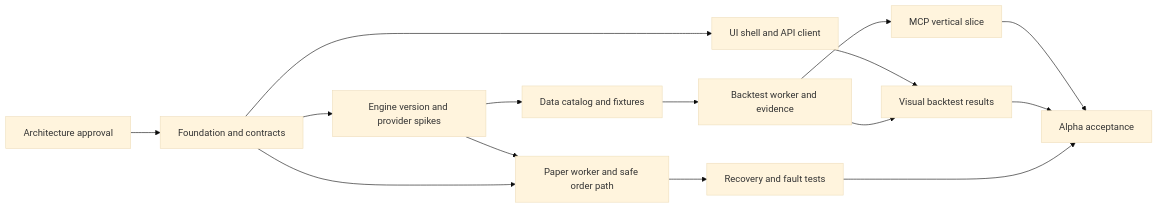
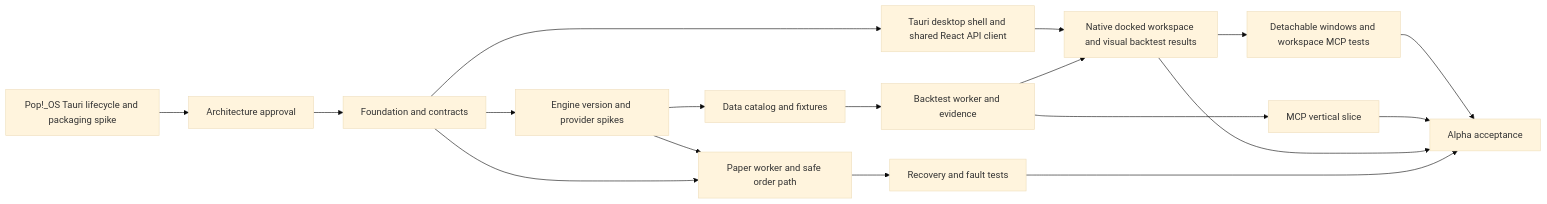
One commit to njdaniel/clipper-terminal changed the diagram in docs/architecture/implementation-plan.md. Above: the diagram before and after it, drawn with Mermaid (base theme). The commit also changed other lines of this file, not shown here.

Commit message:
docs: gate delivery plan on desktop validation and native UX (#1)

````diff
--- a/docs/architecture/implementation-plan.md
+++ b/docs/architecture/implementation-plan.md
@@ -7,17 +7,20 @@
 ```mermaid
 flowchart LR
-  A[Architecture approval] --> F[Foundation and contracts]
+  X[Pop!_OS Tauri lifecycle and packaging spike] --> A[Architecture approval]
+  A --> F[Foundation and contracts]
   F --> S[Engine version and provider spikes]
-  F --> U[UI shell and API client]
+  F --> U[Tauri desktop shell and shared React API client]
   S --> D[Data catalog and fixtures]
   D --> B[Backtest worker and evidence]
   B --> M[MCP vertical slice]
-  U --> V[Visual backtest results]
+  U --> V[Native docked workspace and visual backtest results]
+  V --> W[Detachable windows and workspace MCP tests]
+  W --> G[Alpha acceptance]
   B --> V
   S --> P[Paper worker and safe order path]
   F --> P
   P --> R[Recovery and fault tests]
   M --> G[Alpha acceptance]
   V --> G
   R --> G
 ```
````
